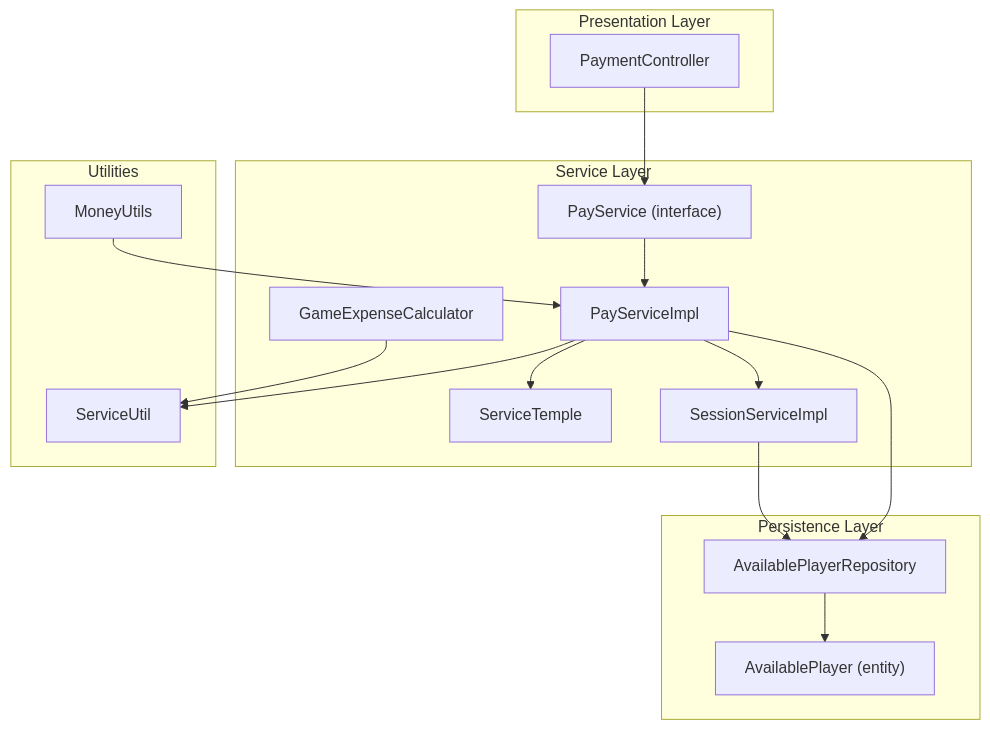
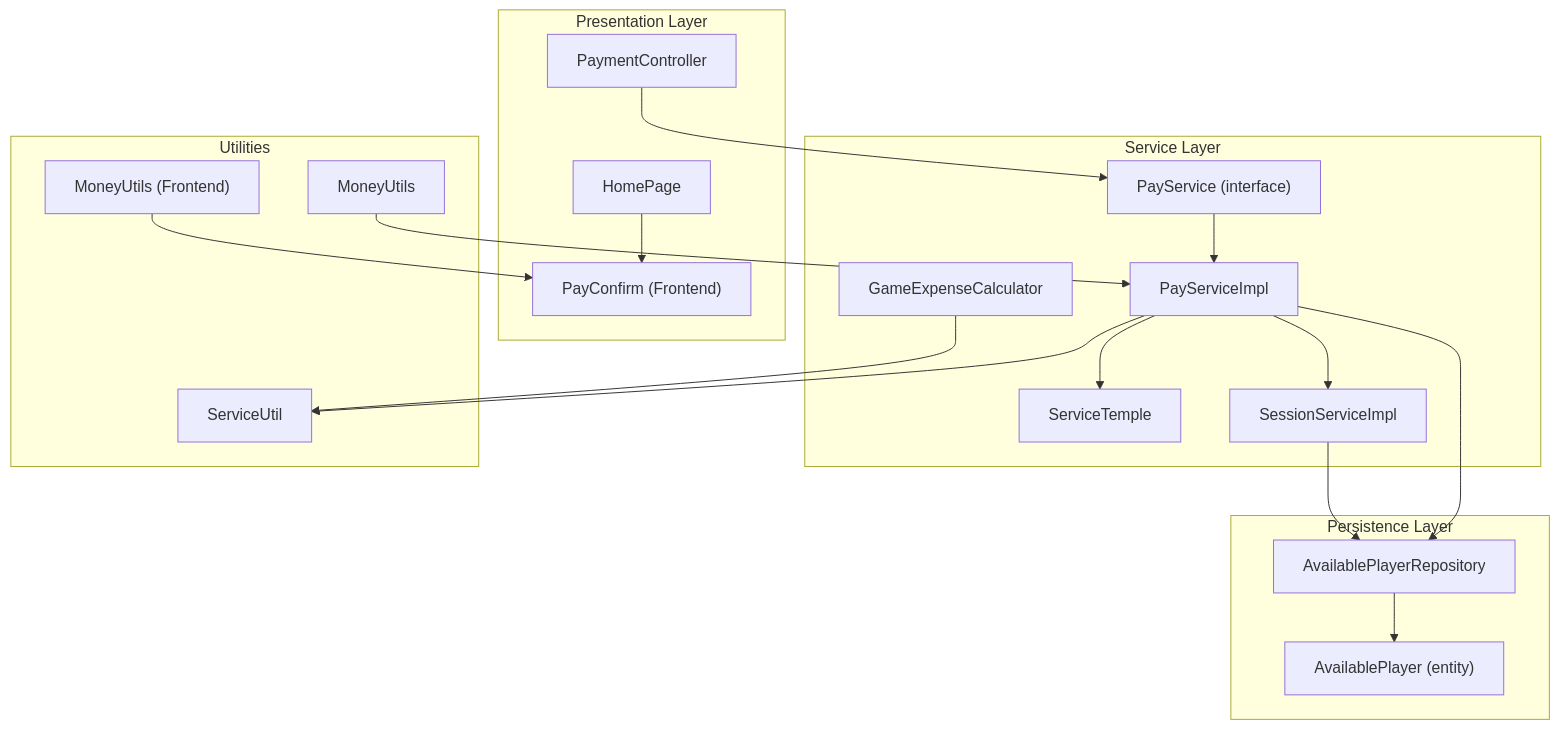
One commit to Vissel/badminton-court-management changed the first of 8 diagrams in .qoder/repowiki/en/content/Payment & Financial System.md. Above: the diagram before and after it, drawn with Mermaid. The commit also changed other lines of this file and 36 other files, not shown here.

````diff
--- a/.qoder/repowiki/en/content/Payment & Financial System.md
+++ b/.qoder/repowiki/en/content/Payment & Financial System.md
@@ -45,31 +58,36 @@
 ```mermaid
 graph TB
 subgraph "Presentation Layer"
 PC["PaymentController"]
+HC["HomePage"]
+PCF["PayConfirm (Frontend)"]
 end
 subgraph "Service Layer"
 PS["PayService (interface)"]
 PSI["PayServiceImpl"]
 ST["ServiceTemple"]
 SS["SessionServiceImpl"]
 GEC["GameExpenseCalculator"]
 end
 subgraph "Persistence Layer"
 APR["AvailablePlayerRepository"]
 AP["AvailablePlayer (entity)"]
 end
 subgraph "Utilities"
 MU["MoneyUtils"]
 SU["ServiceUtil"]
+MUF["MoneyUtils (Frontend)"]
 end
 PC --> PS
 PS --> PSI
 PSI --> ST
 PSI --> APR
 PSI --> SS
 PSI --> SU
 SS --> APR
 GEC --> SU
 MU --> PSI
+MUF --> PCF
 APR --> AP
+HC --> PCF
 ```
````
